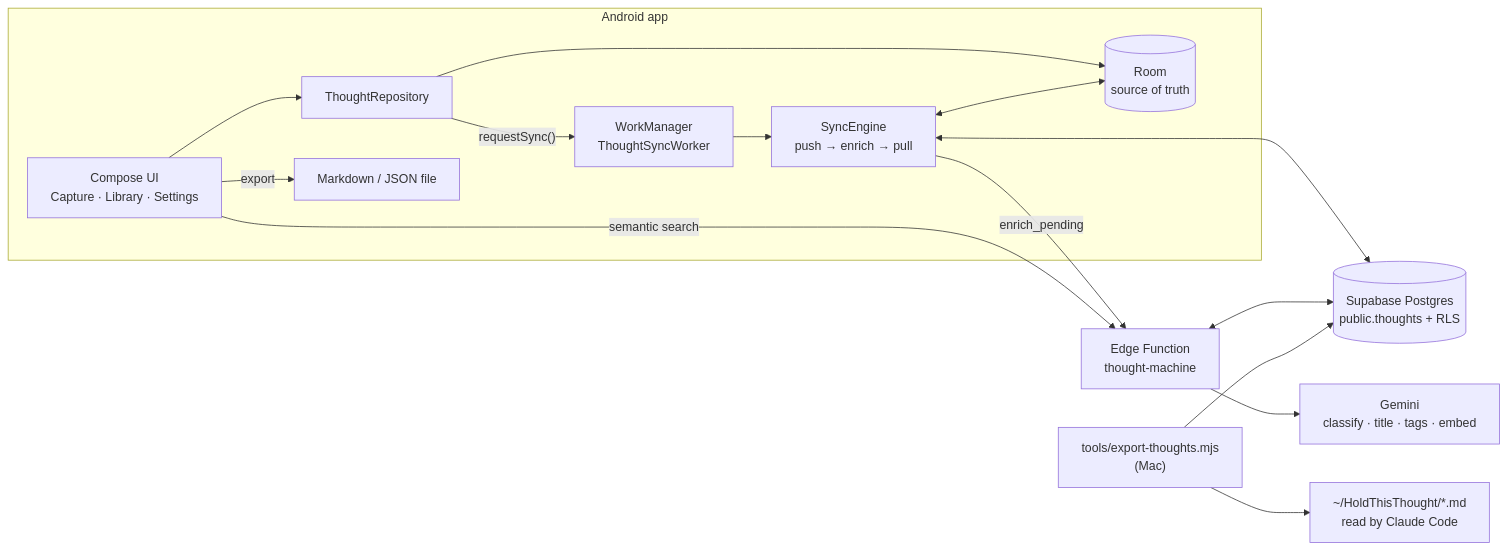
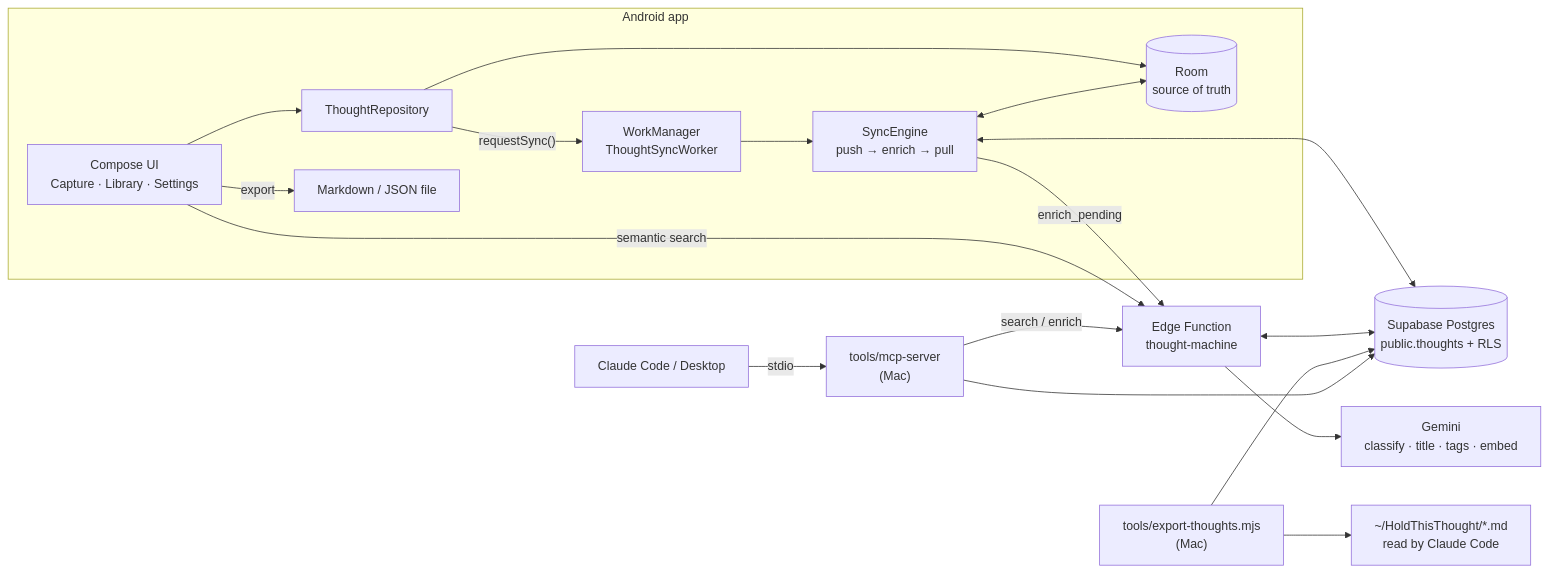
The diagram in docs/ARCHITECTURE.md (isouravganguly/daytrace), drawn with Mermaid before and after one commit. The commit also changed other lines of this file and 8 other files, not shown here.

First line of the commit message:
Add MCP server so Claude can search and add to thoughts

````diff
--- a/docs/ARCHITECTURE.md
+++ b/docs/ARCHITECTURE.md
@@ -21,18 +21,21 @@
 ```mermaid
 flowchart LR
     subgraph Phone["Android app"]
         UI["Compose UI<br/>Capture · Library · Settings"] --> Repo["ThoughtRepository"]
         Repo --> Room[("Room<br/>source of truth")]
         Repo -- "requestSync()" --> WM["WorkManager<br/>ThoughtSyncWorker"]
         WM --> Engine["SyncEngine<br/>push → enrich → pull"]
         Engine <--> Room
         UI -- "export" --> Files["Markdown / JSON file"]
     end
     Engine <--> PG[("Supabase Postgres<br/>public.thoughts + RLS")]
     Engine -- "enrich_pending" --> Fn["Edge Function<br/>thought-machine"]
     UI -- "semantic search" --> Fn
     Fn --> Gemini["Gemini<br/>classify · title · tags · embed"]
     Fn <--> PG
     Laptop["tools/export-thoughts.mjs<br/>(Mac)"] --> PG
     Laptop --> Folder["~/HoldThisThought/*.md<br/>read by Claude Code"]
+    Claude["Claude Code / Desktop"] -- "stdio" --> MCP["tools/mcp-server<br/>(Mac)"]
+    MCP --> PG
+    MCP -- "search / enrich" --> Fn
 ```
````
